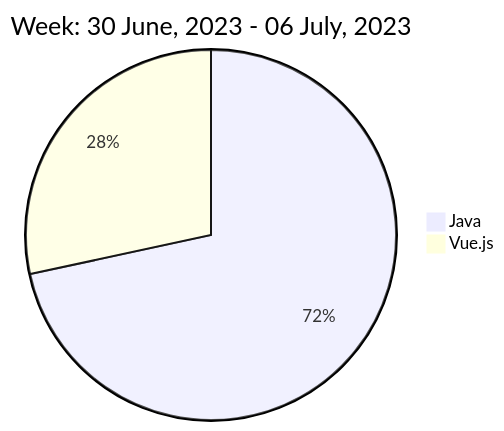
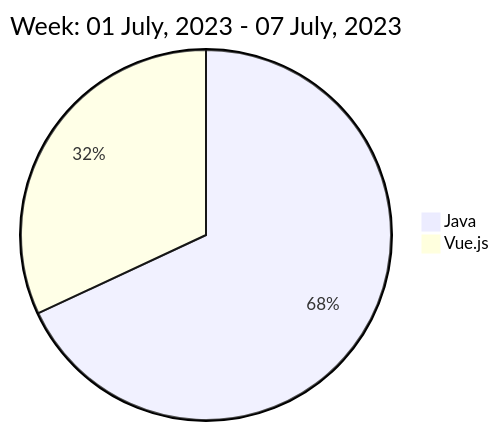
Before and after one commit to liubin95/liubin95: the diagram in README.md, drawn with Mermaid.

Commit message:
Updated the Graph with new Metrics

````diff
--- a/README.md
+++ b/README.md
@@ -40,6 +40,6 @@
 ```mermaid
  pie
-title Week: 30 June, 2023 - 06 July, 2023
- "Java" : 5.6
+title Week: 01 July, 2023 - 07 July, 2023
+ "Java" : 4.73
  "Vue.js" : 2.22
 ```
````
